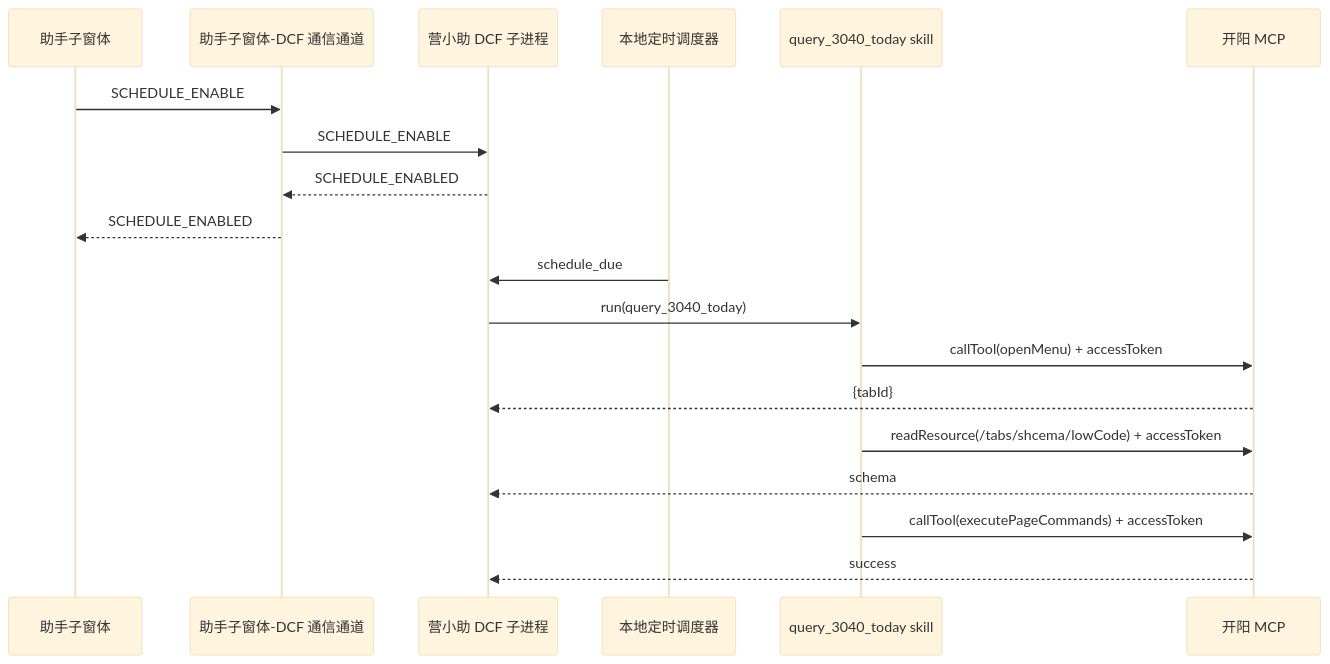
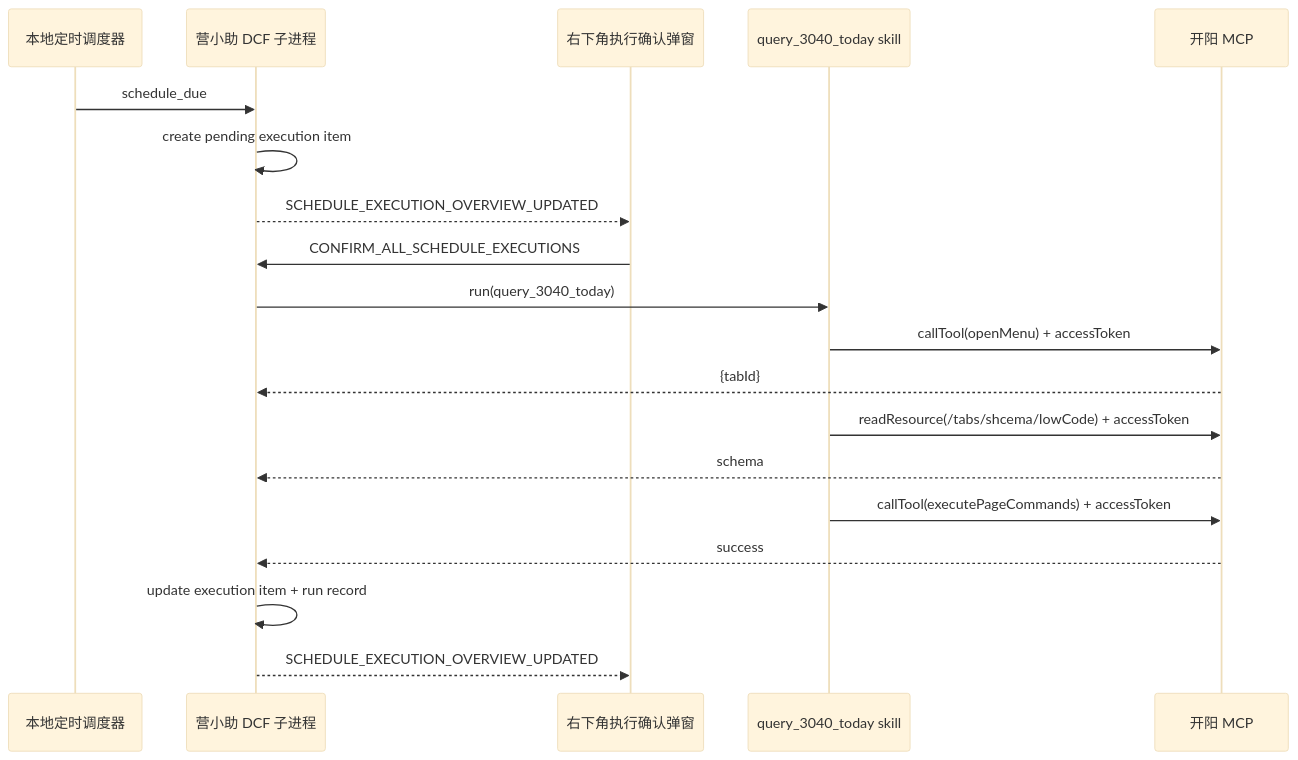
One commit to gaikin/yxz-agent changed the eighth of 8 diagrams in docs/assistant-window-dcf-formal-design.md. Above: the diagram before and after it, drawn with Mermaid (base theme). The commit also changed other lines of this file and 4 other files, not shown here.

Commit message:
Refine schedule confirmation flow and popup events

````diff
--- a/docs/assistant-window-dcf-formal-design.md
+++ b/docs/assistant-window-dcf-formal-design.md
@@ -839,23 +917,22 @@
 ```mermaid
 sequenceDiagram
-    participant UI as 助手子窗体
-    participant CH as 助手子窗体-DCF 通信通道
+    participant SCH as 本地定时调度器
     participant DCF as 营小助 DCF 子进程
-    participant SCH as 本地定时调度器
+    participant POP as 右下角执行确认弹窗
     participant SKILL as query_3040_today skill
     participant KY as 开阳 MCP
 
-    UI->>CH: SCHEDULE_ENABLE
-    CH->>DCF: SCHEDULE_ENABLE
-    DCF-->>CH: SCHEDULE_ENABLED
-    CH-->>UI: SCHEDULE_ENABLED
-
     SCH->>DCF: schedule_due
+    DCF->>DCF: create pending execution item
+    DCF-->>POP: SCHEDULE_EXECUTION_OVERVIEW_UPDATED
+    POP->>DCF: CONFIRM_ALL_SCHEDULE_EXECUTIONS
     DCF->>SKILL: run(query_3040_today)
     SKILL->>KY: callTool(openMenu) + accessToken
     KY-->>DCF: {tabId}
     SKILL->>KY: readResource(/tabs/shcema/lowCode) + accessToken
     KY-->>DCF: schema
     SKILL->>KY: callTool(executePageCommands) + accessToken
     KY-->>DCF: success
+    DCF->>DCF: update execution item + run record
+    DCF-->>POP: SCHEDULE_EXECUTION_OVERVIEW_UPDATED
 ```
````
